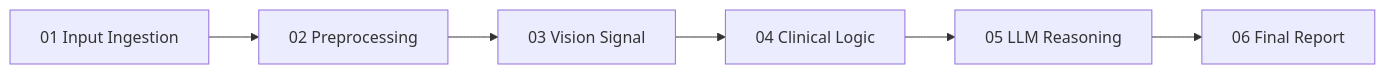
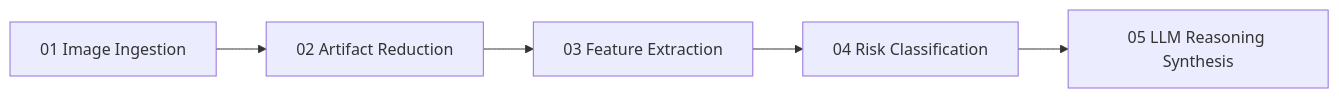
One commit to vishva2410/ONCO-DETECT- changed the third of 5 diagrams in oncodetect/README.md. Above: the diagram before and after it, drawn with Mermaid. The commit also changed other lines of this file, not shown here.

````diff
--- a/oncodetect/README.md
+++ b/oncodetect/README.md
@@ -140,8 +155,7 @@
 ```mermaid
 flowchart LR
-    S1["01 Input Ingestion"] --> S2["02 Preprocessing"]
-    S2 --> S3["03 Vision Signal"]
-    S3 --> S4["04 Clinical Logic"]
-    S4 --> S5["05 LLM Reasoning"]
-    S5 --> S6["06 Final Report"]
+    S1["01 Image Ingestion"] --> S2["02 Artifact Reduction"]
+    S2 --> S3["03 Feature Extraction"]
+    S3 --> S4["04 Risk Classification"]
+    S4 --> S5["05 LLM Reasoning Synthesis"]
 ```
````
